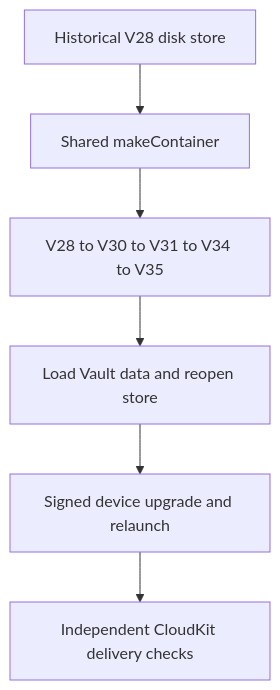
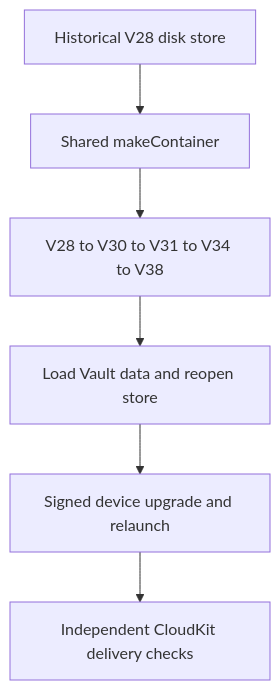
Before and after one commit to AkinoKaede/Termind: the diagram in openwiki/operations/cloudkit-release-readiness.md, drawn with Mermaid. The commit also changed other lines of this file and 49 other files, not shown here.

````diff
--- a/openwiki/operations/cloudkit-release-readiness.md
+++ b/openwiki/operations/cloudkit-release-readiness.md
@@ -165,8 +160,8 @@
 ```mermaid
 flowchart TD
     Fixture["Historical V28 disk store"] --> Factory["Shared makeContainer"]
-    Factory --> Local["V28 to V30 to V31 to V34 to V35"]
+    Factory --> Local["V28 to V30 to V31 to V34 to V38"]
     Local --> Verify["Load Vault data and reopen store"]
     Verify --> Device["Signed device upgrade and relaunch"]
     Device --> Cloud["Independent CloudKit delivery checks"]
 ```
````
